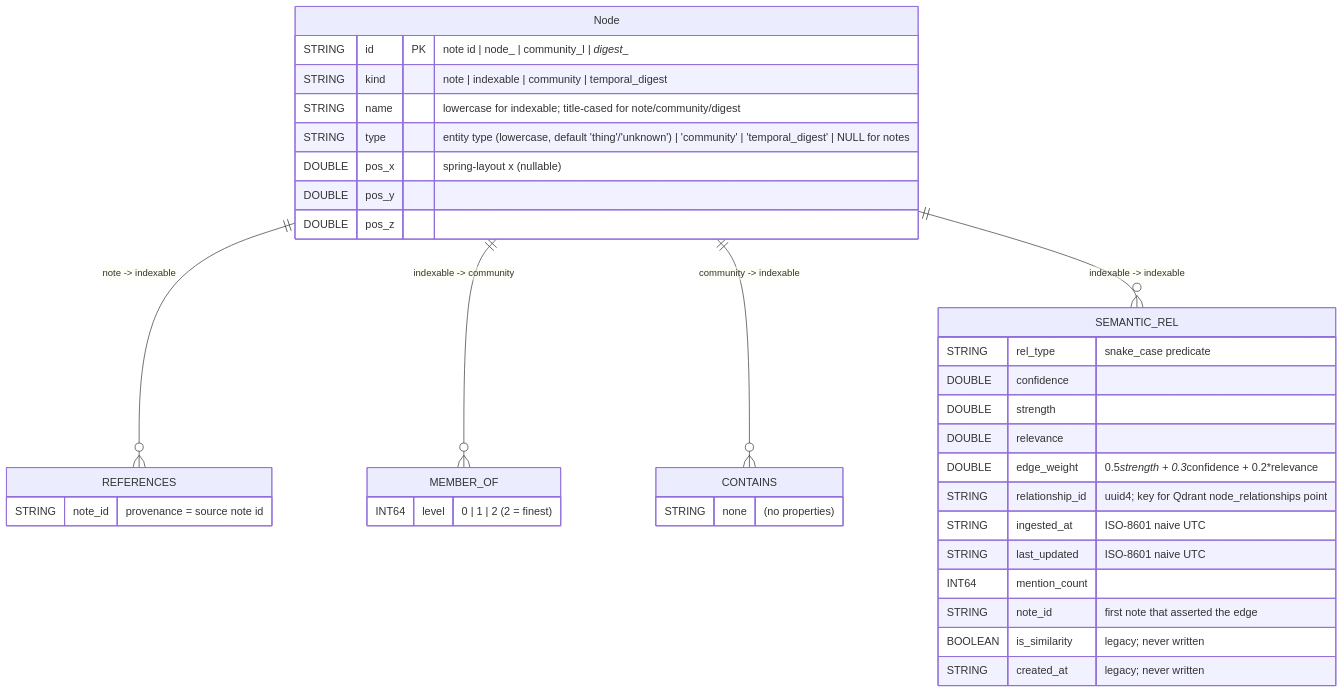
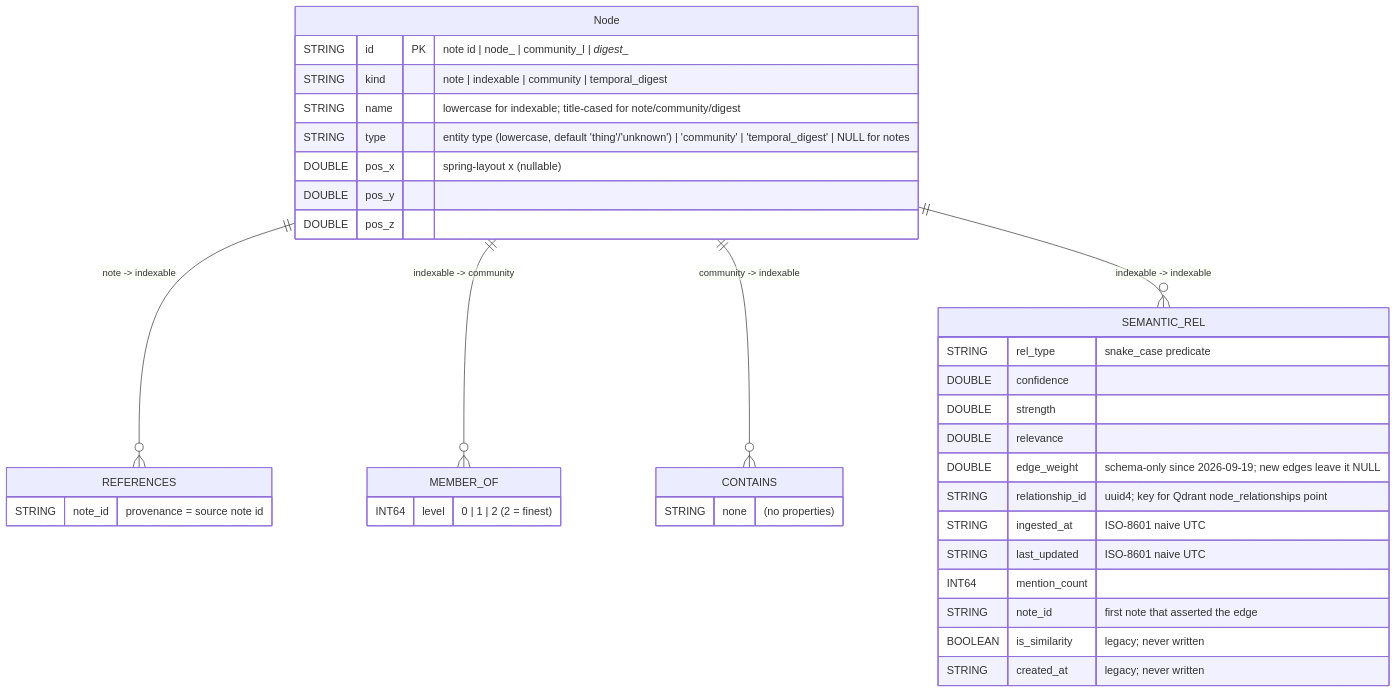
The second of 3 diagrams in Docs/14-graph-storage-kuzu.md (josetseph/Orb), drawn with Mermaid before and after one commit. The commit also changed other lines of this file and 159 other files, not shown here.

````diff
--- a/Docs/14-graph-storage-kuzu.md
+++ b/Docs/14-graph-storage-kuzu.md
@@ -75,39 +74,39 @@
 ```mermaid
 erDiagram
     Node {
         STRING id PK "note id | node_<uuid4> | community_l<L>_<hex> | digest_<period>_<key>"
         STRING kind "note | indexable | community | temporal_digest"
         STRING name "lowercase for indexable; title-cased for note/community/digest"
         STRING type "entity type (lowercase, default 'thing'/'unknown') | 'community' | 'temporal_digest' | NULL for notes"
         DOUBLE pos_x "spring-layout x (nullable)"
         DOUBLE pos_y
         DOUBLE pos_z
     }
     Node ||--o{ REFERENCES : "note -> indexable"
     REFERENCES {
         STRING note_id "provenance = source note id"
     }
     Node ||--o{ MEMBER_OF : "indexable -> community"
     MEMBER_OF {
         INT64 level "0 | 1 | 2 (2 = finest)"
     }
     Node ||--o{ CONTAINS : "community -> indexable"
     CONTAINS {
         STRING none "(no properties)"
     }
     Node ||--o{ SEMANTIC_REL : "indexable -> indexable"
     SEMANTIC_REL {
         STRING rel_type "snake_case predicate"
         DOUBLE confidence
         DOUBLE strength
         DOUBLE relevance
-        DOUBLE edge_weight "0.5*strength + 0.3*confidence + 0.2*relevance"
+        DOUBLE edge_weight "schema-only since 2026-09-19; new edges leave it NULL"
         STRING relationship_id "uuid4; key for Qdrant node_relationships point"
         STRING ingested_at "ISO-8601 naive UTC"
         STRING last_updated "ISO-8601 naive UTC"
         INT64 mention_count
         STRING note_id "first note that asserted the edge"
         BOOLEAN is_similarity "legacy; never written"
         STRING created_at "legacy; never written"
     }
 ```
````
